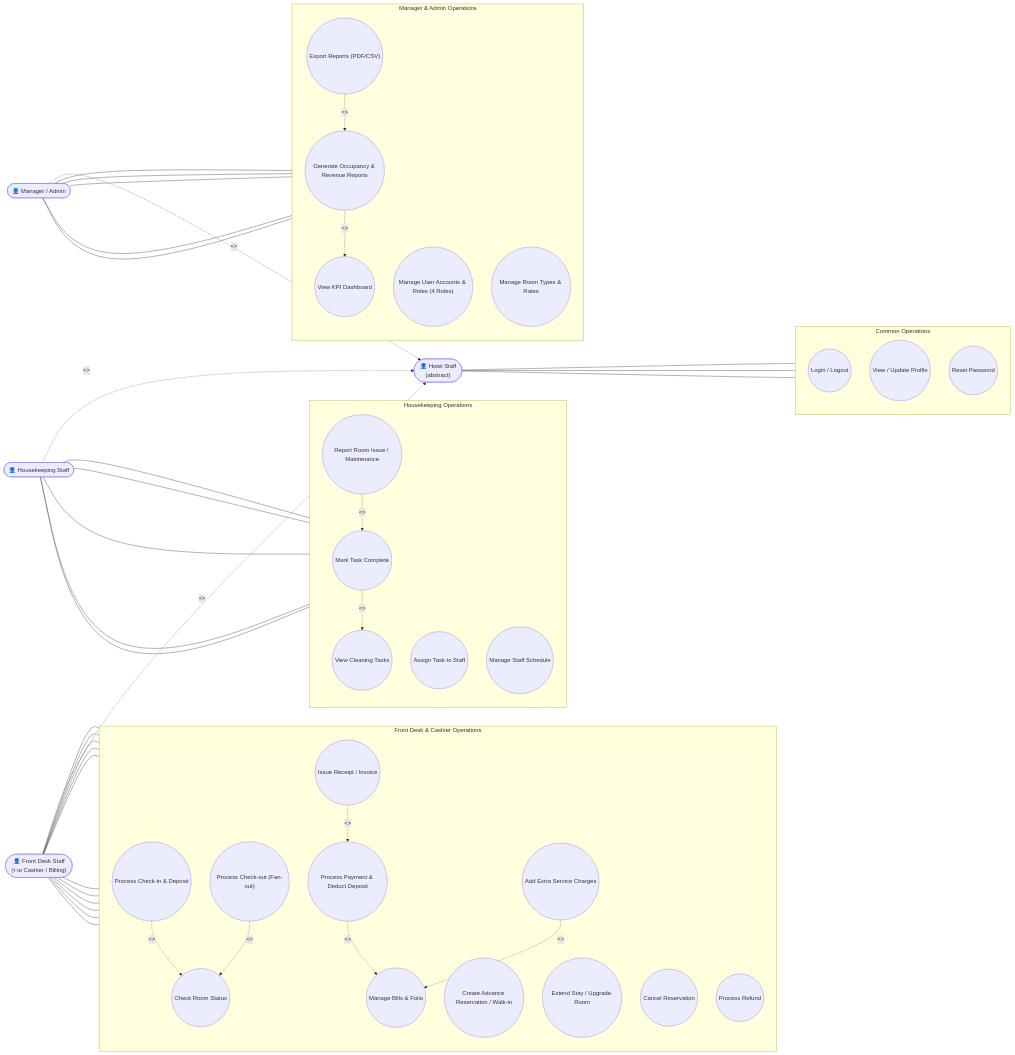
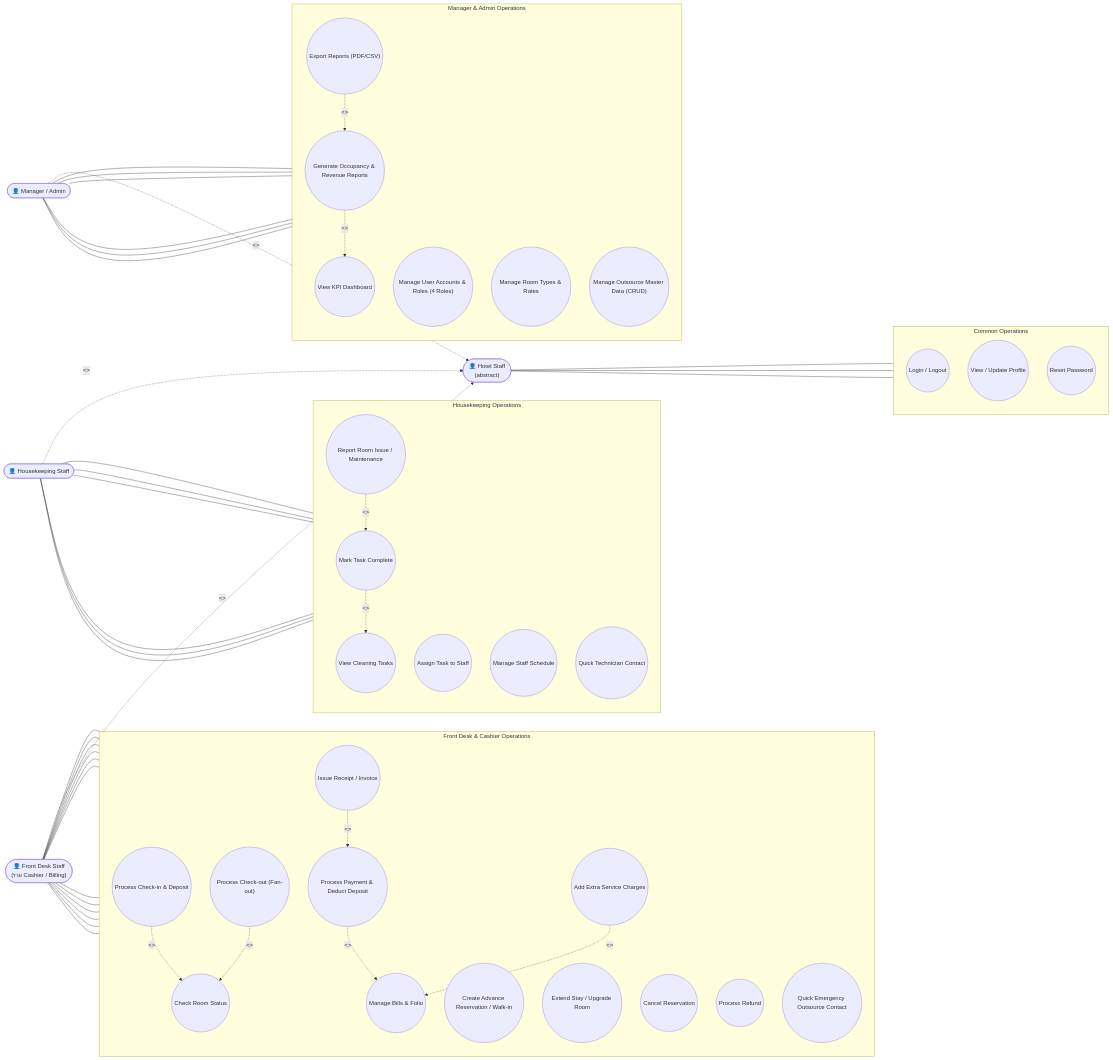
The first of 15 diagrams in docs/Hotel_Management_System_updated.md (csi204/keystay), drawn with Mermaid before and after one commit. The commit also changed other lines of this file and 12 other files, not shown here.

Commit message:
docs(housekeeping): relocate outsource_contacts schema to db_housekeeping and align 105 APIs spec

```diff
--- a/docs/Hotel_Management_System_updated.md
+++ b/docs/Hotel_Management_System_updated.md
@@ -238,6 +239,7 @@
         UC_ProcessPayment(("Process Payment & Deduct Deposit"))
         UC_IssueInvoice(("Issue Receipt / Invoice"))
         UC_ProcessRefund(("Process Refund"))
+        UC_QuickEmergency(("Quick Emergency Outsource Contact"))
     end
 
     FD --- UC_ViewRooms
@@ -251,6 +253,7 @@
     FD --- UC_ProcessPayment
     FD --- UC_IssueInvoice
     FD --- UC_ProcessRefund
+    FD --- UC_QuickEmergency
 
     UC_CheckIn -.->|"<<include>>"| UC_ViewRooms
     UC_CheckOut -.->|"<<include>>"| UC_ViewRooms
@@ -266,6 +269,7 @@
         UC_CompleteTask(("Mark Task Complete"))
         UC_ReportIssue(("Report Room Issue / Maintenance"))
         UC_ManageSchedule(("Manage Staff Schedule"))
+        UC_QuickTechnician(("Quick Technician Contact"))
     end
 
     HK --- UC_ViewTasks
@@ -273,6 +277,7 @@
     HK --- UC_CompleteTask
     HK --- UC_ReportIssue
     HK --- UC_ManageSchedule
+    HK --- UC_QuickTechnician
 
     UC_CompleteTask -.->|"<<include>>"| UC_ViewTasks
     UC_ReportIssue -.->|"<<extend>>"| UC_CompleteTask
@@ -283,6 +288,7 @@
         UC_AdminDashboard(("View KPI Dashboard"))
         UC_ManageUsers(("Manage User Accounts & Roles (4 Roles)"))
         UC_ManageRoomTypes(("Manage Room Types & Rates"))
+        UC_ManageOutsource(("Manage Outsource Master Data (CRUD)"))
         UC_ViewReports(("Generate Occupancy & Revenue Reports"))
         UC_ExportReports(("Export Reports (PDF/CSV)"))
     end
@@ -290,6 +296,7 @@
     MGR --- UC_AdminDashboard
     MGR --- UC_ManageUsers
     MGR --- UC_ManageRoomTypes
+    MGR --- UC_ManageOutsource
     MGR --- UC_ViewReports
     MGR --- UC_ExportReports
 
```
